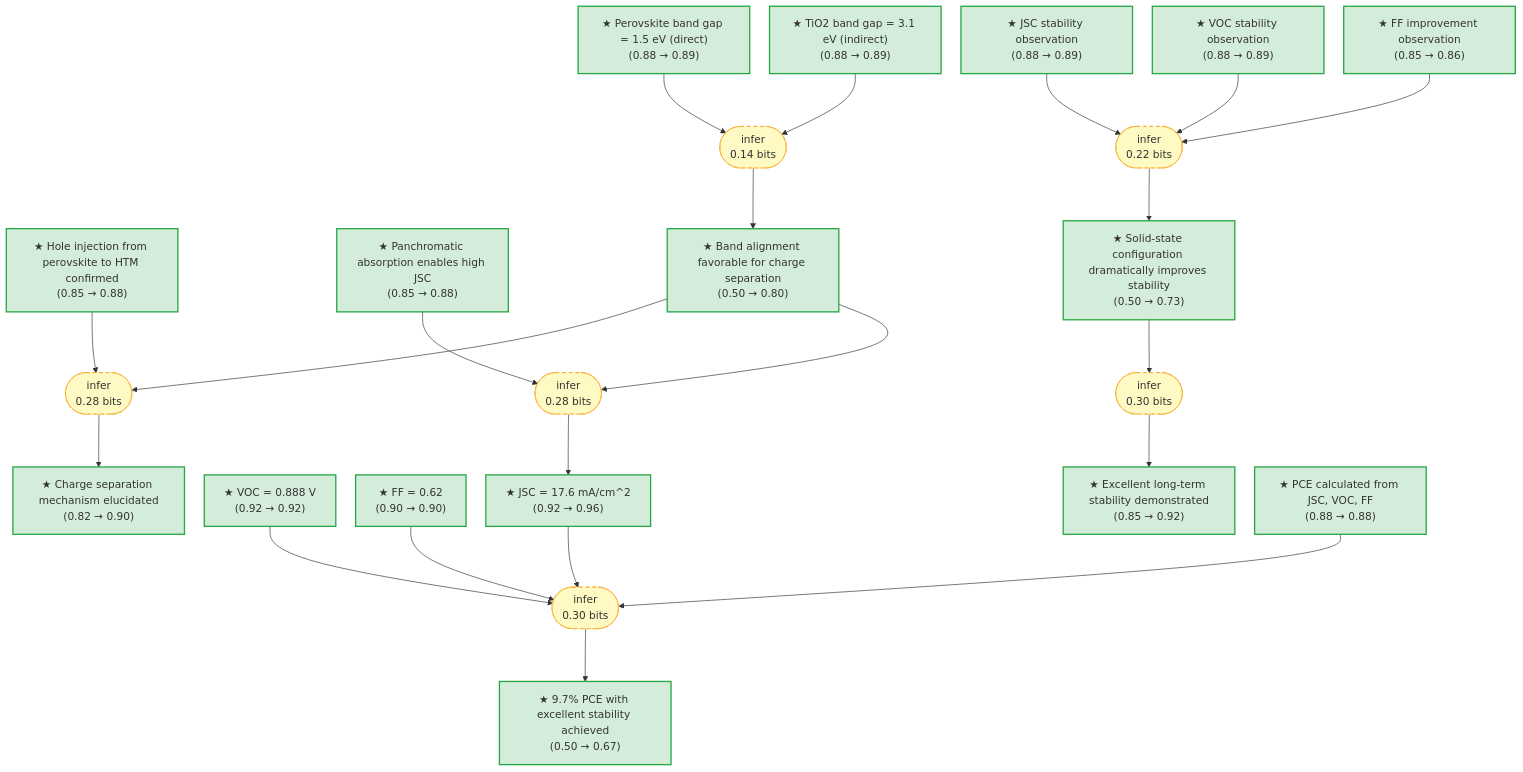
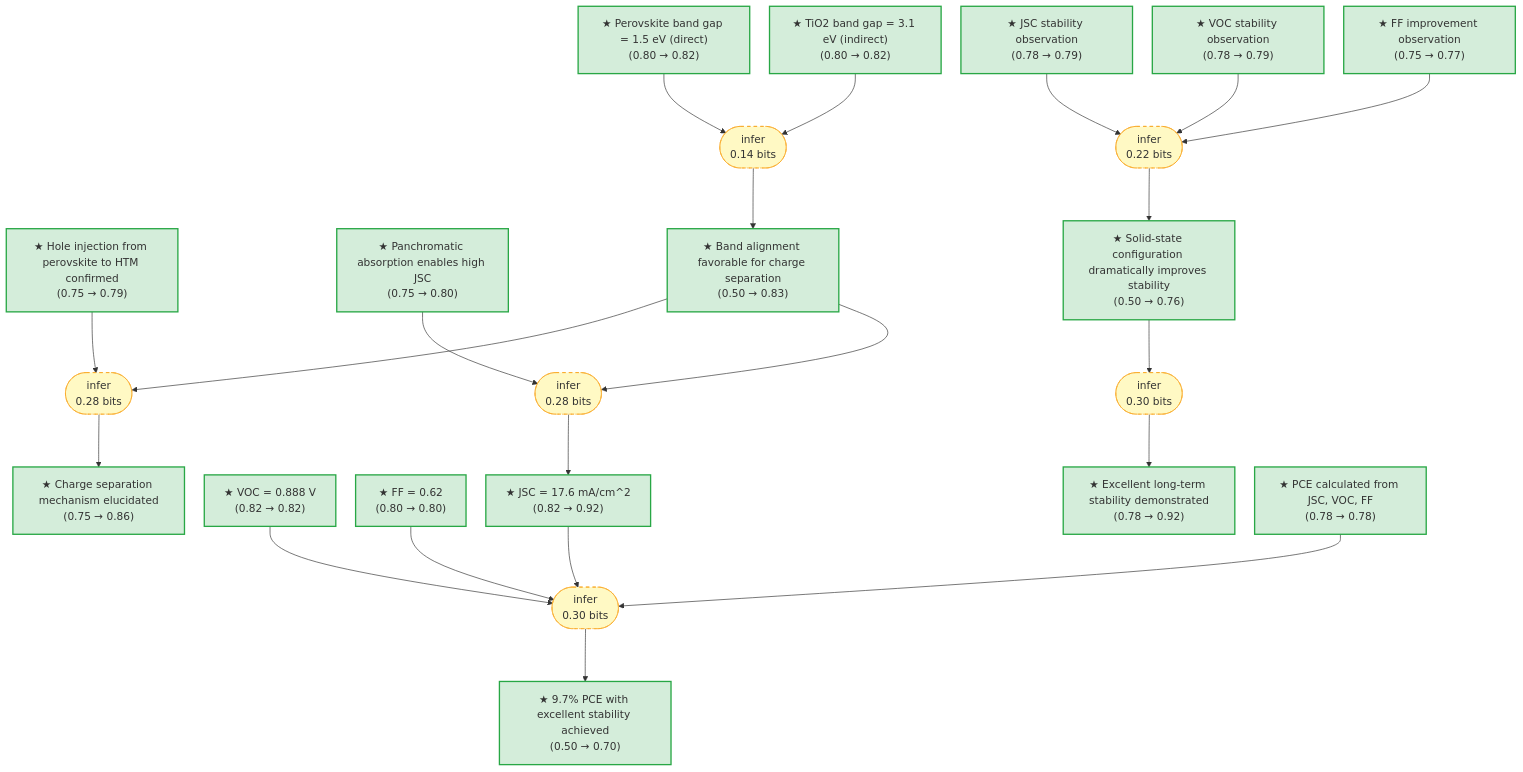
Before and after one commit to vv910/pvsk-gaia-repo: the diagram in packages/pvsk2012.1-gaia/README.md, drawn with Mermaid. The commit also changed other lines of this file, not shown here.

````diff
--- a/packages/pvsk2012.1-gaia/README.md
+++ b/packages/pvsk2012.1-gaia/README.md
@@ -15,56 +15,56 @@
 ```mermaid
 ---
 config:
   flowchart:
     rankSpacing: 80
     nodeSpacing: 30
 ---
 graph TB
-    jsc_17_6_ma_cm2["★ JSC = 17.6 mA/cm^2\n(0.92 → 0.96)"]:::exported
-    voc_0_888_v["★ VOC = 0.888 V\n(0.92 → 0.92)"]:::exported
-    ff_0_62["★ FF = 0.62\n(0.90 → 0.90)"]:::exported
-    bandgap_1_5_ev["★ Perovskite band gap = 1.5 eV (direct)\n(0.88 → 0.89)"]:::exported
-    tiO2_bandgap_3_1_ev["★ TiO2 band gap = 3.1 eV (indirect)\n(0.88 → 0.89)"]:::exported
-    stability_improvement["★ Excellent long-term stability demonstrated\n(0.85 → 0.92)"]:::exported
-    charge_separation_mechanism["★ Charge separation mechanism elucidated\n(0.82 → 0.90)"]:::exported
-    hole_injection_mechanism["★ Hole injection from perovskite to HTM confirmed\n(0.85 → 0.88)"]:::exported
-    panchromatic_absorption_leads_to_high_jsc["★ Panchromatic absorption enables high JSC\n(0.85 → 0.88)"]:::exported
-    charge_separation_well_aligned["★ Band alignment favorable for charge separation\n(0.50 → 0.80)"]:::exported
-    solid_state_dramatically_improved_stability["★ Solid-state configuration dramatically improves stability\n(0.50 → 0.73)"]:::exported
-    pce_9_7_percent_conclusion["★ 9.7% PCE with excellent stability achieved\n(0.50 → 0.67)"]:::exported
-    pce_prediction_from_individual_params["★ PCE calculated from JSC, VOC, FF\n(0.88 → 0.88)"]:::exported
-    stability_observation_1["★ JSC stability observation\n(0.88 → 0.89)"]:::exported
-    stability_observation_2["★ VOC stability observation\n(0.88 → 0.89)"]:::exported
-    stability_observation_3["★ FF improvement observation\n(0.85 → 0.86)"]:::exported
+    jsc_17_6_ma_cm2["★ JSC = 17.6 mA/cm^2\n(0.82 → 0.92)"]:::exported
+    voc_0_888_v["★ VOC = 0.888 V\n(0.82 → 0.82)"]:::exported
+    ff_0_62["★ FF = 0.62\n(0.80 → 0.80)"]:::exported
+    bandgap_1_5_ev["★ Perovskite band gap = 1.5 eV (direct)\n(0.80 → 0.82)"]:::exported
+    tiO2_bandgap_3_1_ev["★ TiO2 band gap = 3.1 eV (indirect)\n(0.80 → 0.82)"]:::exported
+    stability_improvement["★ Excellent long-term stability demonstrated\n(0.78 → 0.92)"]:::exported
+    charge_separation_mechanism["★ Charge separation mechanism elucidated\n(0.75 → 0.86)"]:::exported
+    hole_injection_mechanism["★ Hole injection from perovskite to HTM confirmed\n(0.75 → 0.79)"]:::exported
+    panchromatic_absorption_leads_to_high_jsc["★ Panchromatic absorption enables high JSC\n(0.75 → 0.80)"]:::exported
+    charge_separation_well_aligned["★ Band alignment favorable for charge separation\n(0.50 → 0.83)"]:::exported
+    solid_state_dramatically_improved_stability["★ Solid-state configuration dramatically improves stability\n(0.50 → 0.76)"]:::exported
+    pce_9_7_percent_conclusion["★ 9.7% PCE with excellent stability achieved\n(0.50 → 0.70)"]:::exported
+    pce_prediction_from_individual_params["★ PCE calculated from JSC, VOC, FF\n(0.78 → 0.78)"]:::exported
+    stability_observation_1["★ JSC stability observation\n(0.78 → 0.79)"]:::exported
+    stability_observation_2["★ VOC stability observation\n(0.78 → 0.79)"]:::exported
+    stability_observation_3["★ FF improvement observation\n(0.75 → 0.77)"]:::exported
     strat_0(["infer\n0.14 bits"]):::weak
     bandgap_1_5_ev --> strat_0
     tiO2_bandgap_3_1_ev --> strat_0
     strat_0 --> charge_separation_well_aligned
     strat_1(["infer\n0.28 bits"]):::weak
     charge_separation_well_aligned --> strat_1
     hole_injection_mechanism --> strat_1
     strat_1 --> charge_separation_mechanism
     strat_2(["infer\n0.28 bits"]):::weak
     charge_separation_well_aligned --> strat_2
     panchromatic_absorption_leads_to_high_jsc --> strat_2
     strat_2 --> jsc_17_6_ma_cm2
     strat_3(["infer\n0.30 bits"]):::weak
     ff_0_62 --> strat_3
     jsc_17_6_ma_cm2 --> strat_3
     pce_prediction_from_individual_params --> strat_3
     voc_0_888_v --> strat_3
     strat_3 --> pce_9_7_percent_conclusion
     strat_4(["infer\n0.30 bits"]):::weak
     solid_state_dramatically_improved_stability --> strat_4
     strat_4 --> stability_improvement
     strat_5(["infer\n0.22 bits"]):::weak
     stability_observation_1 --> strat_5
     stability_observation_2 --> strat_5
     stability_observation_3 --> strat_5
     strat_5 --> solid_state_dramatically_improved_stability
 
     classDef premise fill:#ddeeff,stroke:#4488bb,color:#333
     classDef exported fill:#d4edda,stroke:#28a745,stroke-width:2px,color:#333
     classDef weak fill:#fff9c4,stroke:#f9a825,stroke-dasharray: 5 5,color:#333
     classDef contra fill:#ffebee,stroke:#c62828,color:#333
 ```
````
